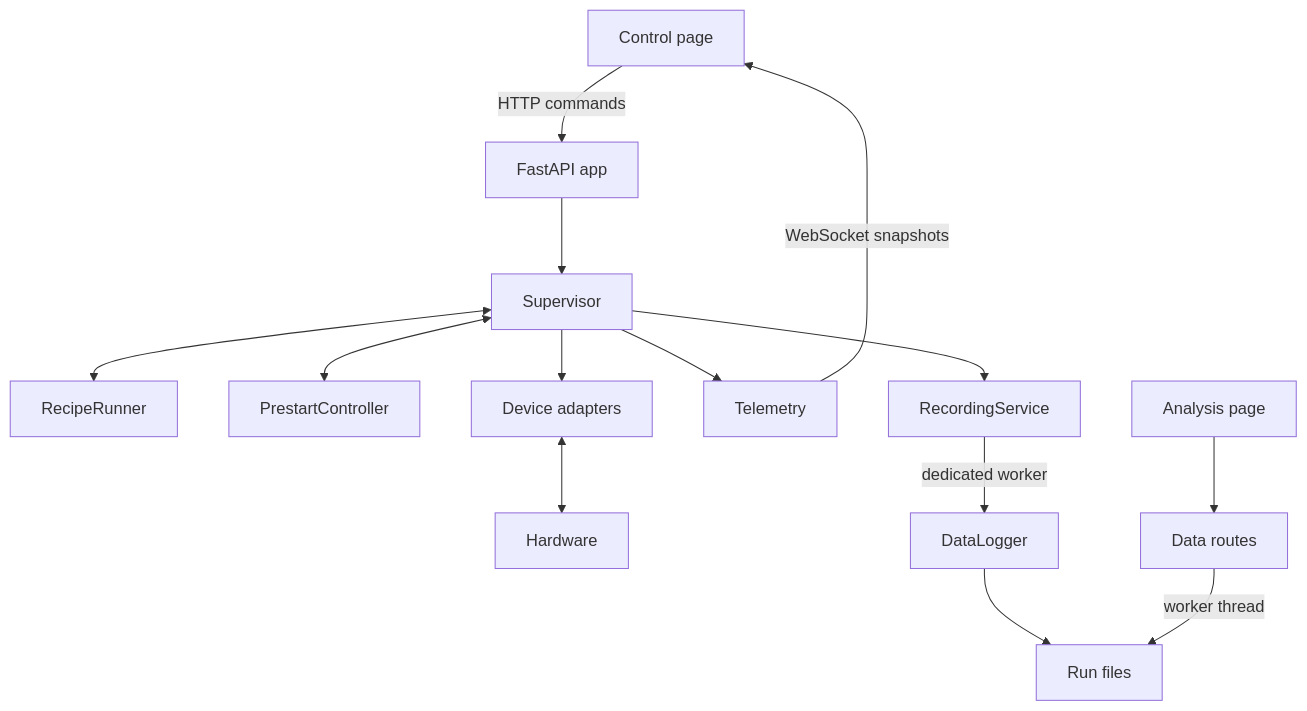
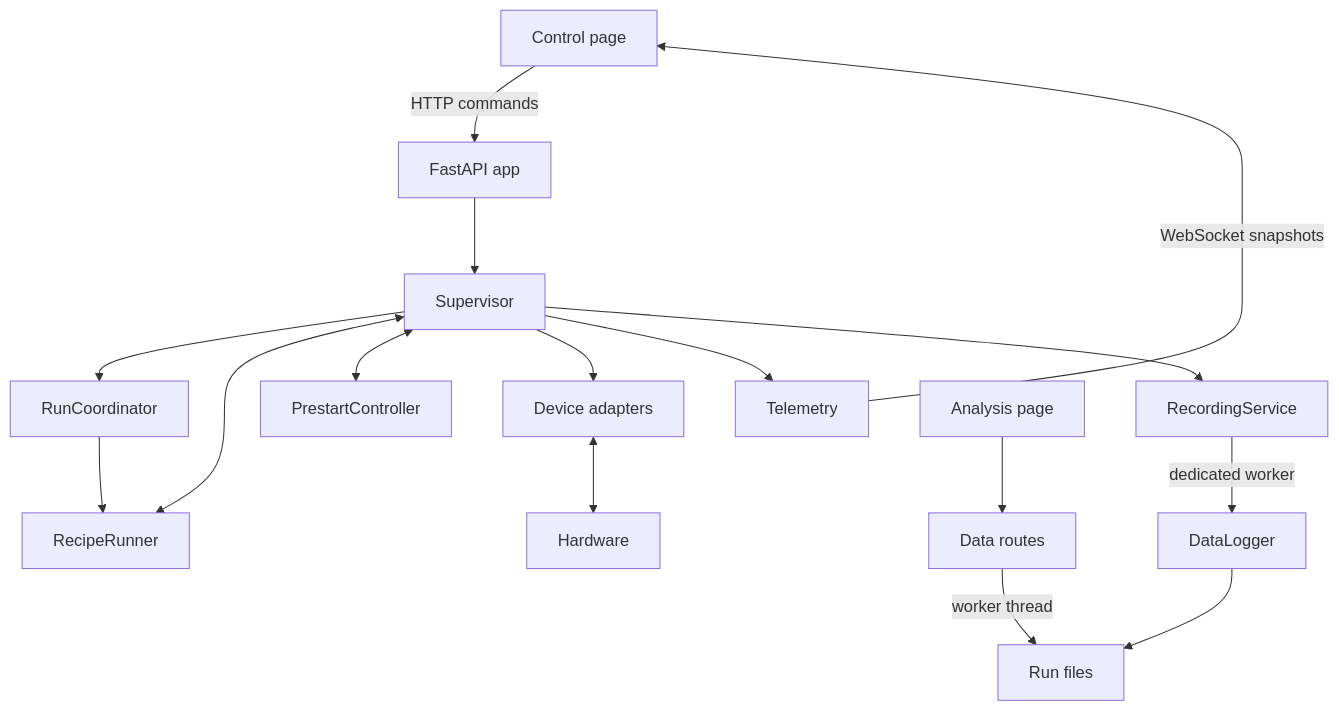
Before and after one commit to zsobell/reactor-interface: the diagram in docs/ARCHITECTURE.md, drawn with Mermaid. The commit also changed other lines of this file and 51 other files, not shown here.

````diff
--- a/docs/ARCHITECTURE.md
+++ b/docs/ARCHITECTURE.md
@@ -10,16 +10,18 @@
 ```mermaid
 flowchart TD
     Browser[Control page] -->|HTTP commands| API[FastAPI app]
     API --> Supervisor
+    Supervisor --> RunCoordinator
+    RunCoordinator --> RecipeRunner
     Supervisor <--> RecipeRunner
     Supervisor <--> PrestartController
     Supervisor --> Devices[Device adapters]
     Devices <--> Hardware
     Supervisor --> Telemetry
     Telemetry -->|WebSocket snapshots| Browser
     Supervisor --> RecordingService
     RecordingService -->|dedicated worker| DataLogger
     DataLogger --> Files[Run files]
     Analysis[Analysis page] --> DataRoutes[Data routes]
     DataRoutes -->|worker thread| Files
 ```
````
